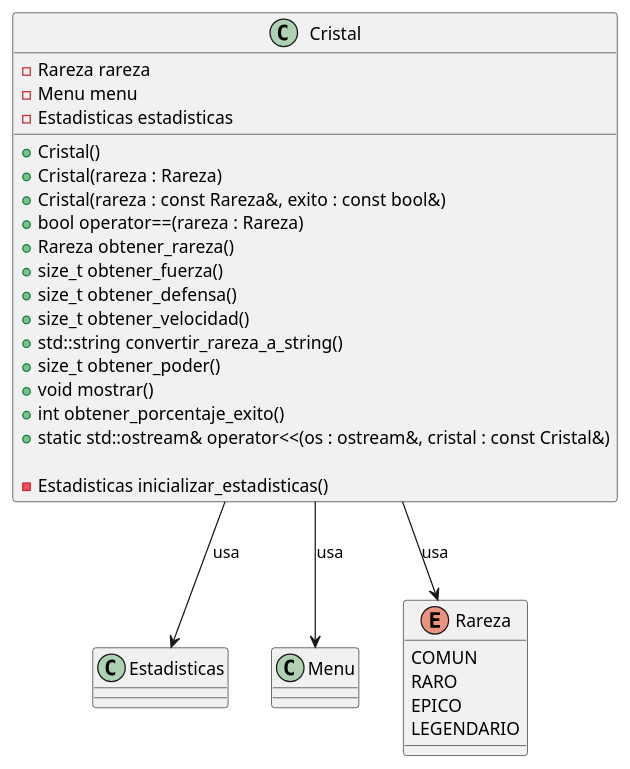
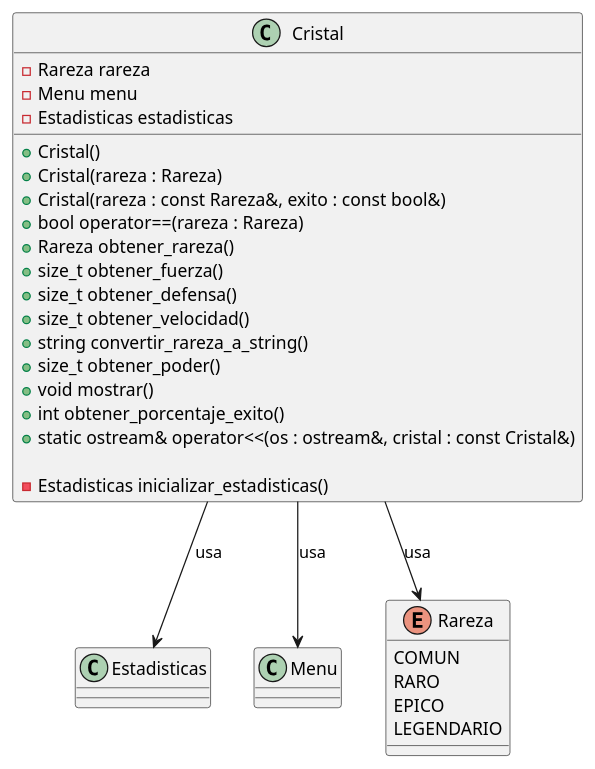
The diagram in Diagramas-UML/Cristal.puml (guillsil/Transformers-Game), drawn with PlantUML before and after one commit. The commit also changed 6 other files, not shown here.

```diff
--- a/Diagramas-UML/Cristal.puml
+++ b/Diagramas-UML/Cristal.puml
@@ -1,39 +1,39 @@
 @startuml
 'https://plantuml.com/class-diagram
 class Estadisticas
 class Menu
 
 enum Rareza {
     COMUN
     RARO
     EPICO
     LEGENDARIO
 }
 
 class Cristal {
     - Rareza rareza
     - Menu menu
     - Estadisticas estadisticas
 
     + Cristal()
     + Cristal(rareza : Rareza)
     + Cristal(rareza : const Rareza&, exito : const bool&)
     + bool operator==(rareza : Rareza)
     + Rareza obtener_rareza()
     + size_t obtener_fuerza()
     + size_t obtener_defensa()
     + size_t obtener_velocidad()
-    + std::string convertir_rareza_a_string()
+    + string convertir_rareza_a_string()
     + size_t obtener_poder()
     + void mostrar()
     + int obtener_porcentaje_exito()
-    + static std::ostream& operator<<(os : ostream&, cristal : const Cristal&)
+    + static ostream& operator<<(os : ostream&, cristal : const Cristal&)
 
     - Estadisticas inicializar_estadisticas()
 }
 
 ' Relaciones
 Cristal --> Menu : "usa"
 Cristal --> Estadisticas : "usa"
 Cristal --> Rareza : "usa"
 @enduml
```
